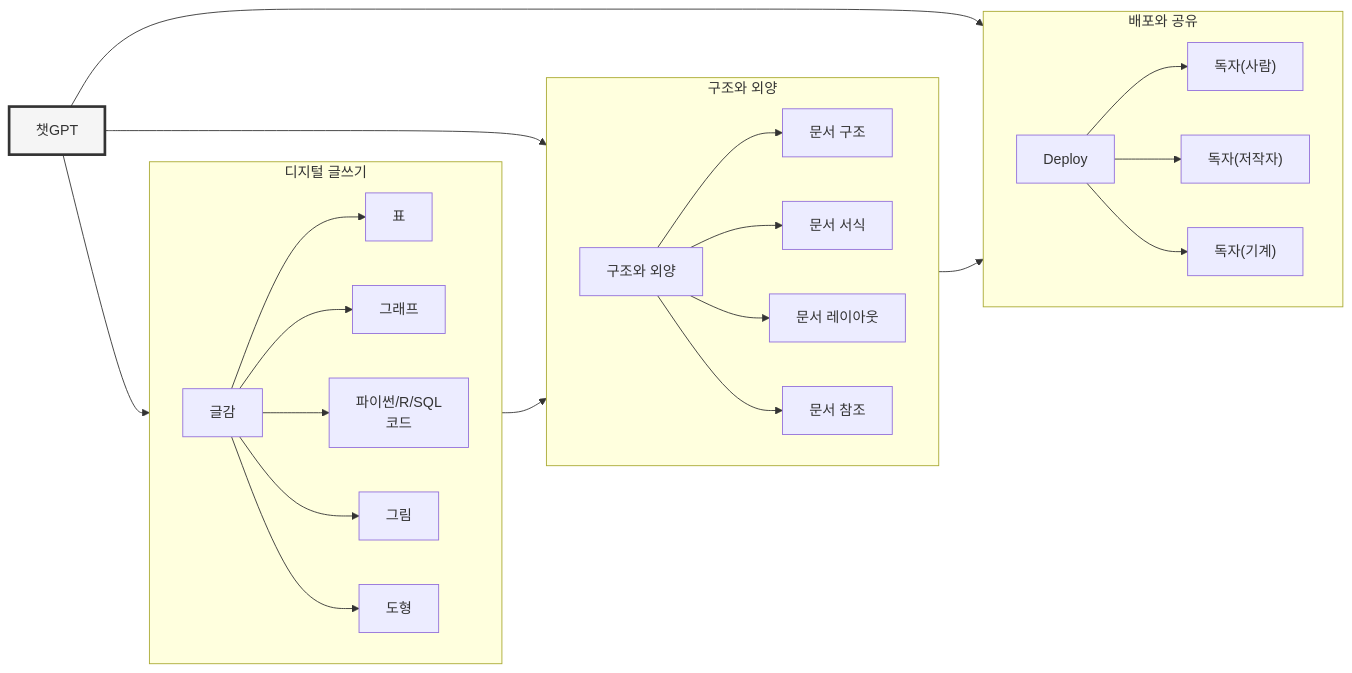
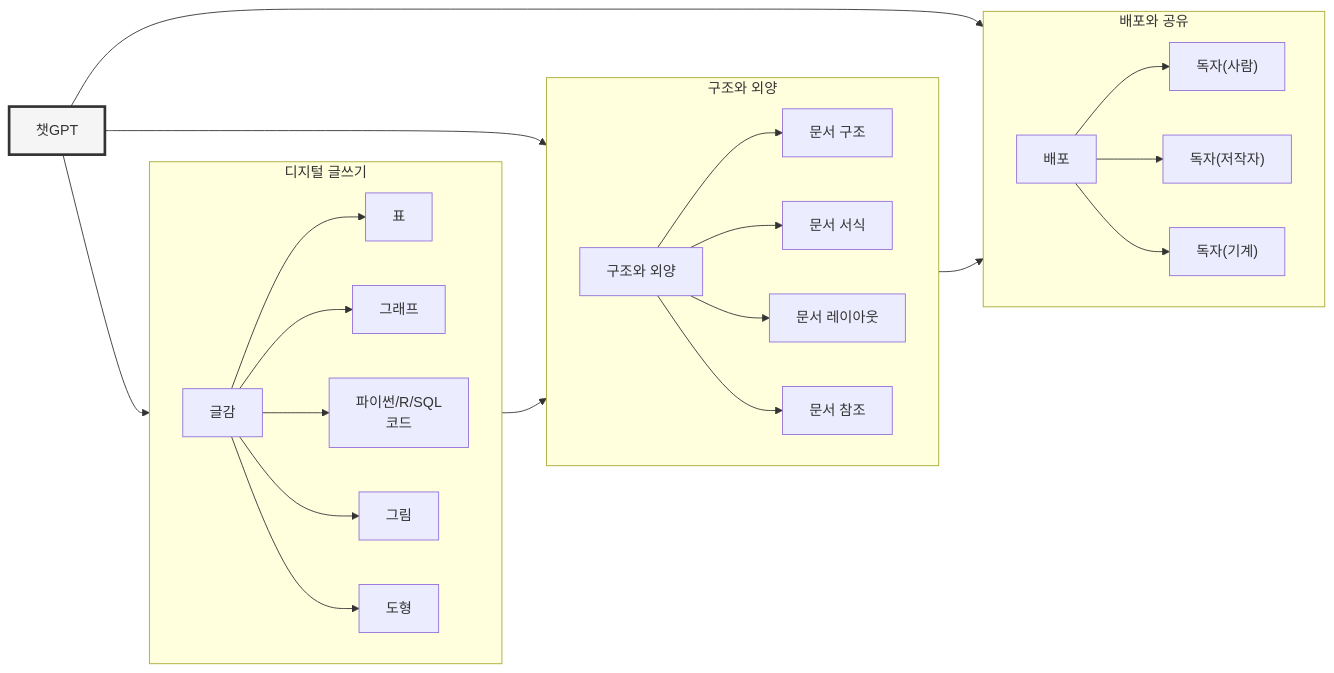
One commit to bit2r/gpt-quarto changed the diagram in gpt_writing.qmd. Above: the diagram before and after it, drawn with Mermaid. The commit also changed other lines of this file and 5 other files, not shown here.

````diff
--- a/gpt_writing.qmd
+++ b/gpt_writing.qmd
@@ -112,39 +112,38 @@
 ```{mermaid}
 
 graph LR
 
     chatGPT["챗GPT"] --> Contents
 
     subgraph Contents["디지털 글쓰기"]
         direction LR
         Writing["글감"] --> Table["표"]
         Writing --> Graph["그래프"]
         Writing --> Code["파이썬/R/SQL<br>코드"]
         Writing --> Figure["그림"]
         Writing --> Diagram["도형"]        
     end
 
     chatGPT --> Format
     Contents --> Format
 
     subgraph Format["구조와 외양"]
         direction LR
         Theme["구조와 외양"] --> Title["문서 구조"]
         Theme               --> Formatting["문서 서식"]
         Theme               --> Layout["문서 레이아웃"]
         Theme               --> reference["문서 참조"]
     end
 
     chatGPT --> Deployment
     Format --> Deployment
 
     subgraph Deployment["배포와 공유"]
         direction LR
-        Deploy --> Reader["독자(사람)"]
+        Deploy["배포"] --> Reader["독자(사람)"]
         Deploy --> Author["독자(저작자)"]
         Deploy --> Machine["독자(기계)"]
     end
 
-
     style chatGPT fill:#f5f5f5,stroke:#333,stroke-width:3px
 ```
````
